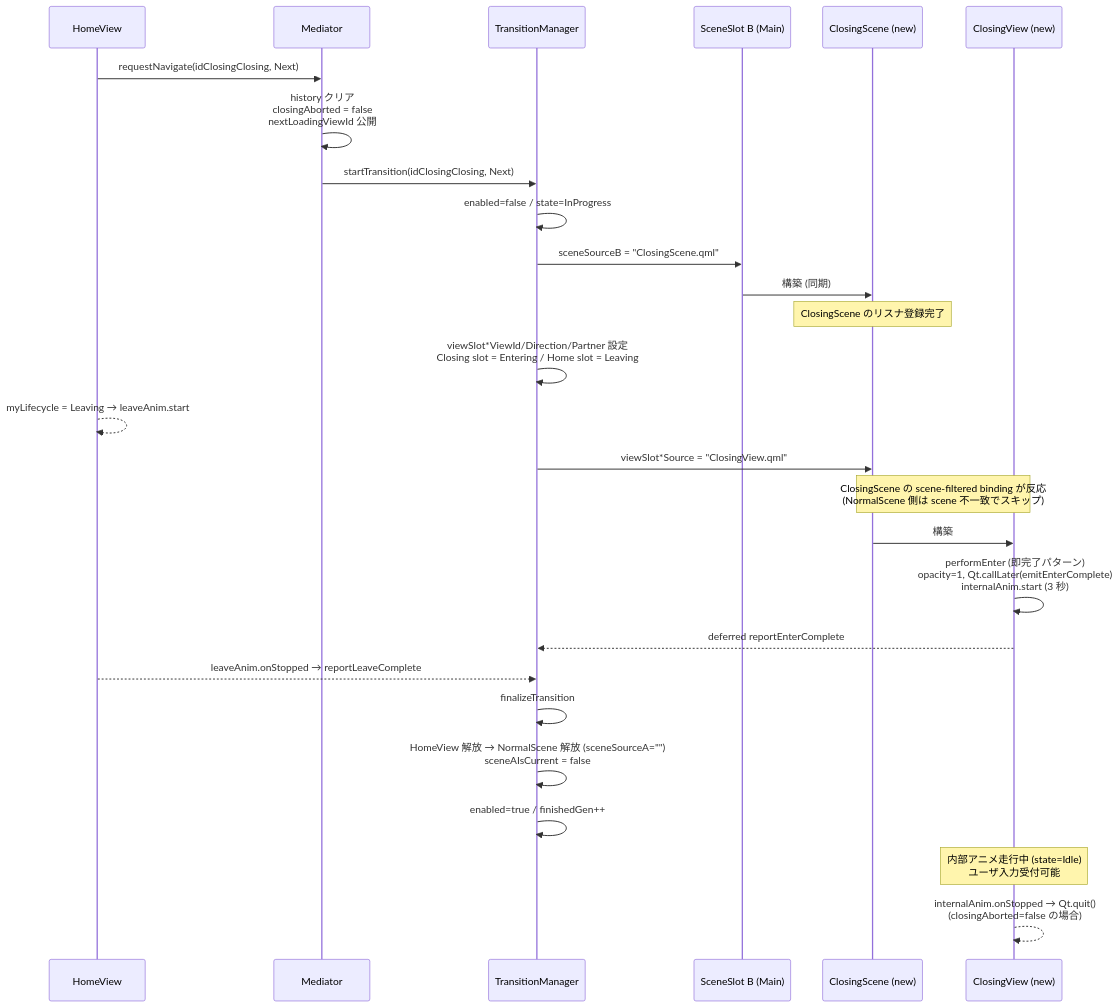
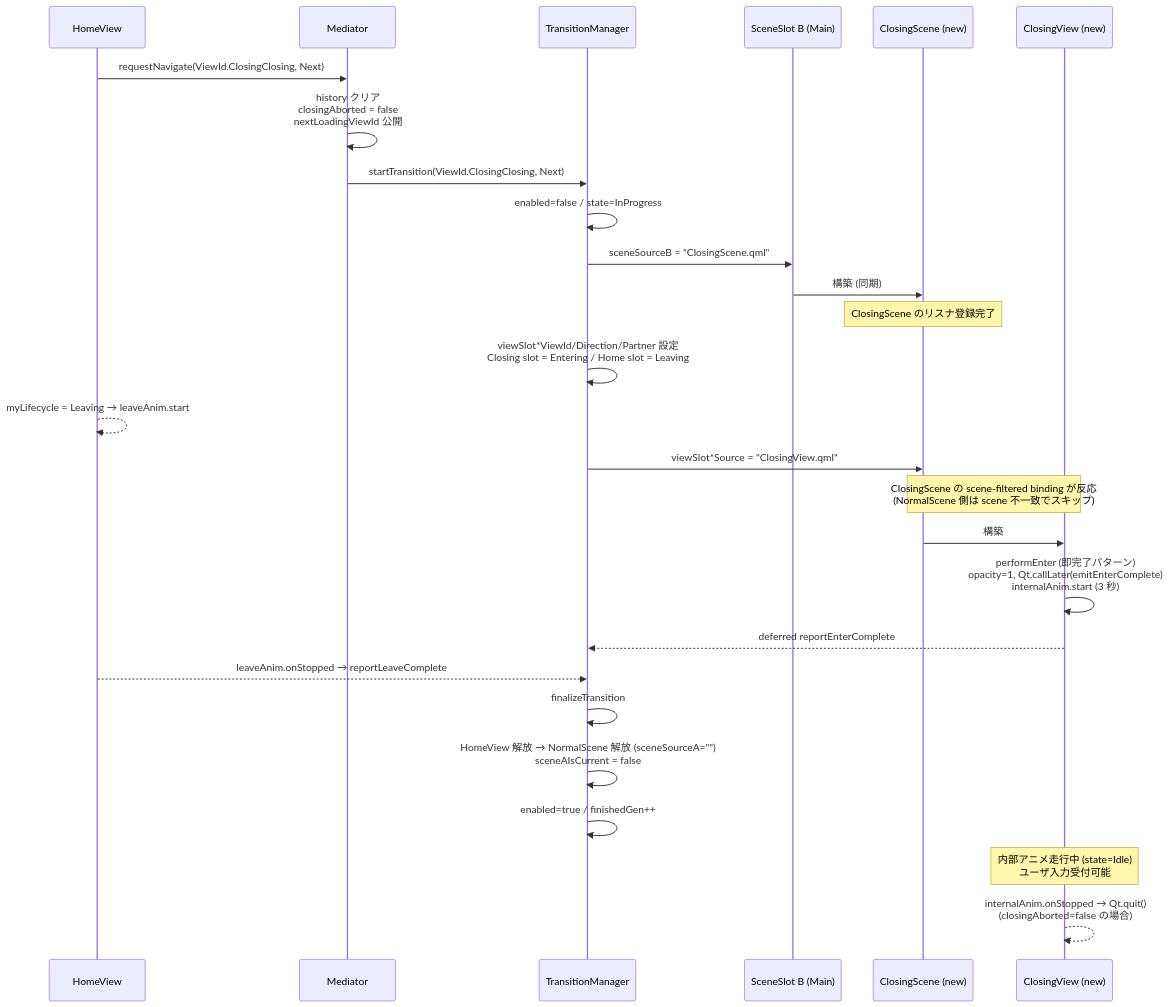
Before and after one commit to yuya-kadono/qul-loader-navigation-poc: the sixth of 11 diagrams in docs/flows.md, drawn with Mermaid. The commit also changed other lines of this file and 31 other files, not shown here.

````diff
--- a/docs/flows.md
+++ b/docs/flows.md
@@ -173,35 +185,35 @@
 ```mermaid
 sequenceDiagram
     participant Home as HomeView
     participant Med as Mediator
     participant TM as TransitionManager
     participant SS as SceneSlot B (Main)
     participant CS as ClosingScene (new)
     participant CV as ClosingView (new)
 
-    Home->>Med: requestNavigate(idClosingClosing, Next)
+    Home->>Med: requestNavigate(ViewId.ClosingClosing, Next)
     Med->>Med: history クリア<br>closingAborted = false<br>nextLoadingViewId 公開
-    Med->>TM: startTransition(idClosingClosing, Next)
+    Med->>TM: startTransition(ViewId.ClosingClosing, Next)
     TM->>TM: enabled=false / state=InProgress
 
     TM->>SS: sceneSourceB = "ClosingScene.qml"
     SS->>CS: 構築 (同期)
     Note over CS: ClosingScene のリスナ登録完了
 
     TM->>TM: viewSlot*ViewId/Direction/Partner 設定<br>Closing slot = Entering / Home slot = Leaving
     Home-->>Home: myLifecycle = Leaving → leaveAnim.start
 
     TM->>CS: viewSlot*Source = "ClosingView.qml"
     Note over CS,CV: ClosingScene の scene-filtered binding が反応<br>(NormalScene 側は scene 不一致でスキップ)
     CS->>CV: 構築
     CV->>CV: performEnter (即完了パターン)<br>opacity=1, Qt.callLater(emitEnterComplete)<br>internalAnim.start (3 秒)
     CV-->>TM: deferred reportEnterComplete
 
     Home-->>TM: leaveAnim.onStopped → reportLeaveComplete
     TM->>TM: finalizeTransition
     TM->>TM: HomeView 解放 → NormalScene 解放 (sceneSourceA="")<br>sceneAIsCurrent = false
     TM->>TM: enabled=true / finishedGen++
 
     Note over CV: 内部アニメ走行中 (state=Idle)<br>ユーザ入力受付可能
     CV-->>CV: internalAnim.onStopped → Qt.quit()<br>(closingAborted=false の場合)
 ```
````
